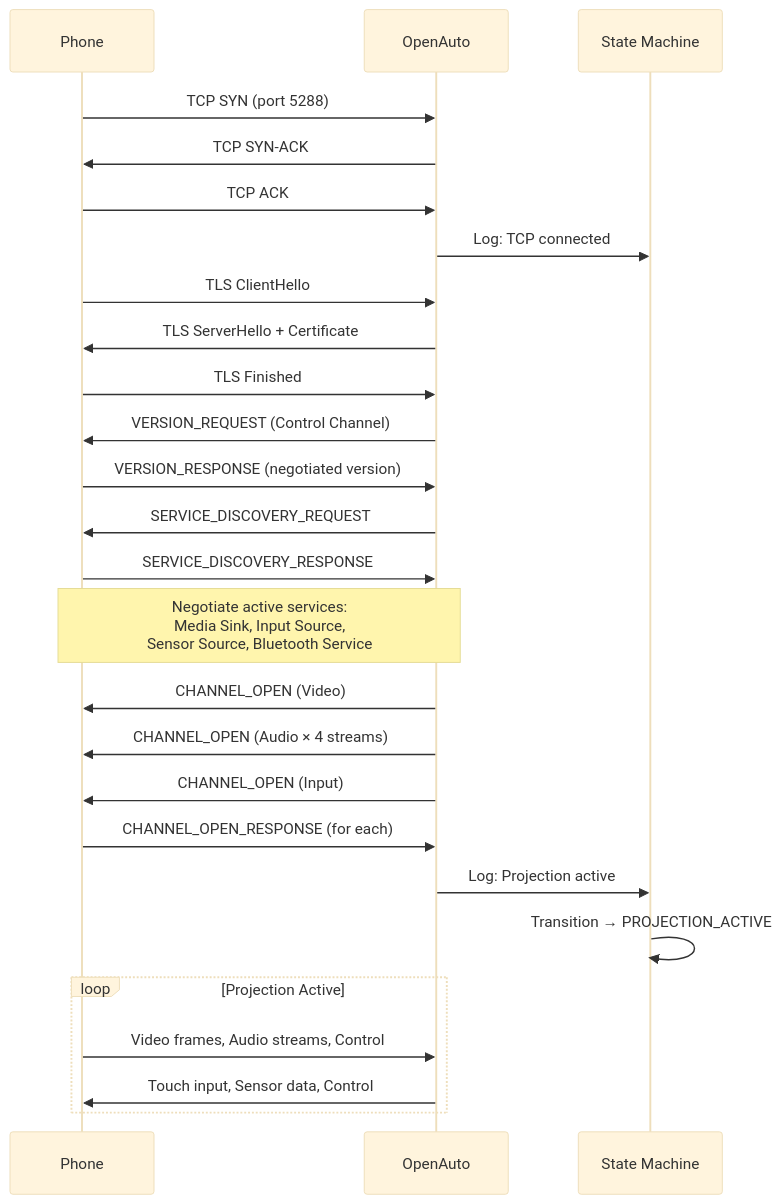
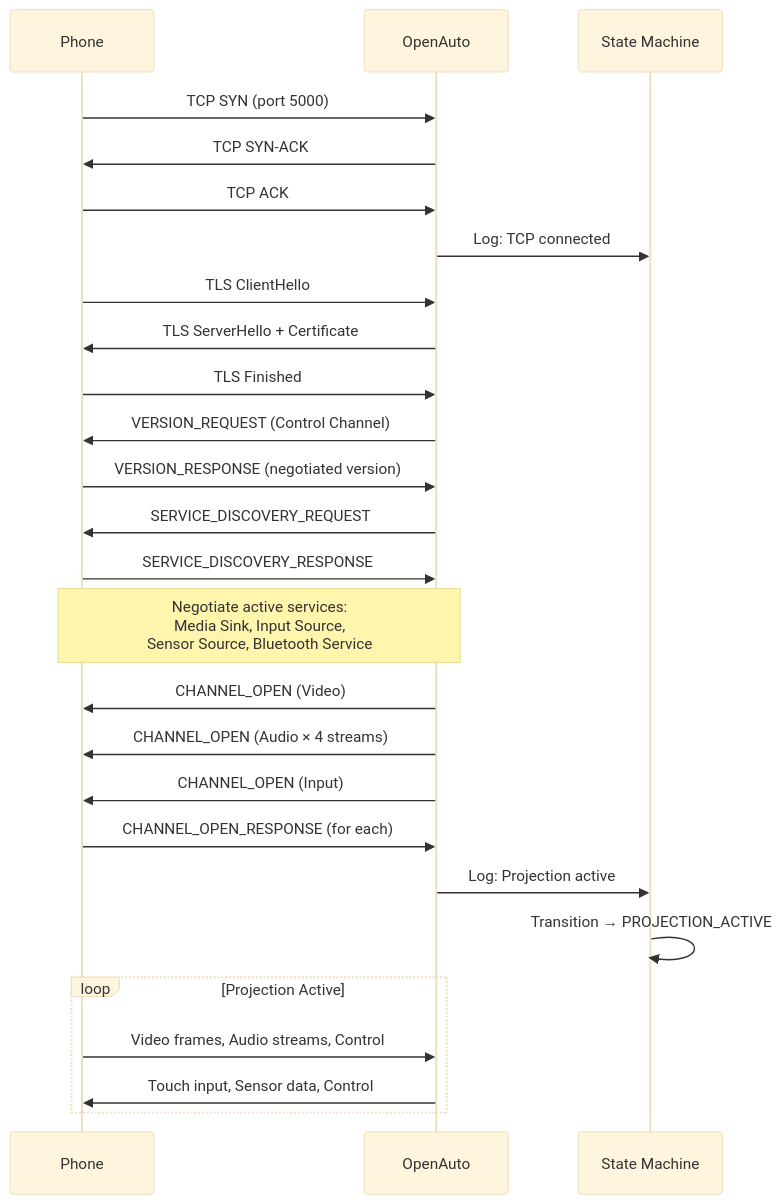
One commit to AndrewGraydon/PiAuto changed the second of 2 diagrams in docs/ICD.md. Above: the diagram before and after it, drawn with Mermaid (base theme). The commit also changed other lines of this file and 6 other files, not shown here.

````diff
--- a/docs/ICD.md
+++ b/docs/ICD.md
@@ -258,35 +258,35 @@
 ```mermaid
 sequenceDiagram
     participant Phone
     participant OA as OpenAuto
     participant SM as State Machine
 
-    Phone->>OA: TCP SYN (port 5288)
+    Phone->>OA: TCP SYN (port 5000)
     OA->>Phone: TCP SYN-ACK
     Phone->>OA: TCP ACK
     OA->>SM: Log: TCP connected
 
     Phone->>OA: TLS ClientHello
     OA->>Phone: TLS ServerHello + Certificate
     Phone->>OA: TLS Finished
 
     OA->>Phone: VERSION_REQUEST (Control Channel)
     Phone->>OA: VERSION_RESPONSE (negotiated version)
 
     OA->>Phone: SERVICE_DISCOVERY_REQUEST
     Phone->>OA: SERVICE_DISCOVERY_RESPONSE
     Note over OA,Phone: Negotiate active services:<br/>Media Sink, Input Source,<br/>Sensor Source, Bluetooth Service
 
     OA->>Phone: CHANNEL_OPEN (Video)
     OA->>Phone: CHANNEL_OPEN (Audio × 4 streams)
     OA->>Phone: CHANNEL_OPEN (Input)
     Phone->>OA: CHANNEL_OPEN_RESPONSE (for each)
 
     OA->>SM: Log: Projection active
     SM->>SM: Transition → PROJECTION_ACTIVE
 
     loop Projection Active
         Phone->>OA: Video frames, Audio streams, Control
         OA->>Phone: Touch input, Sensor data, Control
     end
 ```
````
